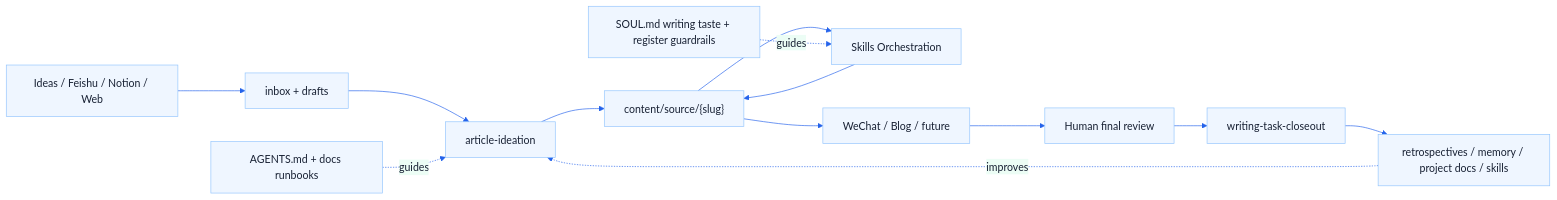
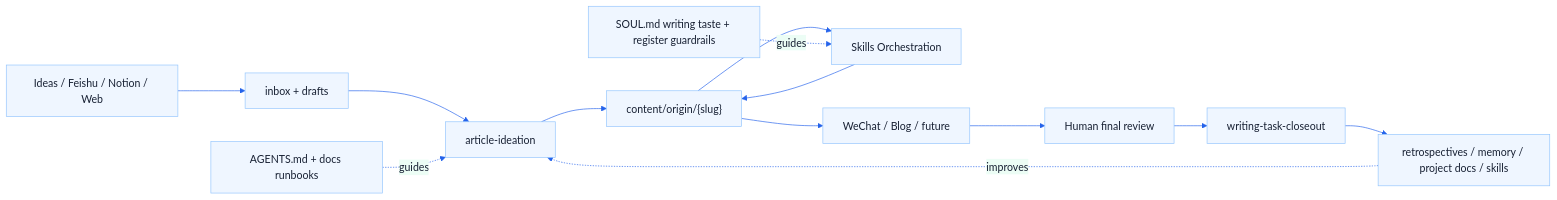
Before and after one commit to eriklee1895/writing-agent-harness: the diagram in docs/workflows/ai-writing-workflow.md, drawn with Mermaid. The commit also changed other lines of this file and 127 other files, not shown here.

First line of the commit message:
refactor: content/source/ → content/origin/ — 全仓改名

````diff
--- a/docs/workflows/ai-writing-workflow.md
+++ b/docs/workflows/ai-writing-workflow.md
@@ -14,29 +14,29 @@
 ```mermaid
 ---
 config:
   theme: base
   look: classic
   themeVariables:
     fontFamily: "ui-sans-serif, system-ui, sans-serif"
     primaryColor: "#eff6ff"
     primaryTextColor: "#172033"
     primaryBorderColor: "#93c5fd"
     lineColor: "#2563eb"
     secondaryColor: "#ecfdf5"
     tertiaryColor: "#fff7ed"
 ---
 flowchart LR
     Input["Ideas / Feishu / Notion / Web"] --> Scratch["inbox + drafts"]
     Scratch --> Ideation["article-ideation"]
-    Ideation --> Source["content/source/{slug}"]
-    Source --> Skills["Skills Orchestration"]
-    Skills --> Source
-    Source --> Channels["WeChat / Blog / future"]
+    Ideation --> Origin["content/origin/{slug}"]
+    Origin --> Skills["Skills Orchestration"]
+    Skills --> Origin
+    Origin --> Channels["WeChat / Blog / future"]
     Channels --> Review["Human final review"]
     Review --> Closeout["writing-task-closeout"]
     Closeout --> Evolution["retrospectives / memory / project docs / skills"]
     Evolution -. improves .-> Ideation
 
     Router["AGENTS.md + docs runbooks"] -. guides .-> Ideation
     Soul["SOUL.md writing taste + register guardrails"] -. guides .-> Skills
 ```
````
